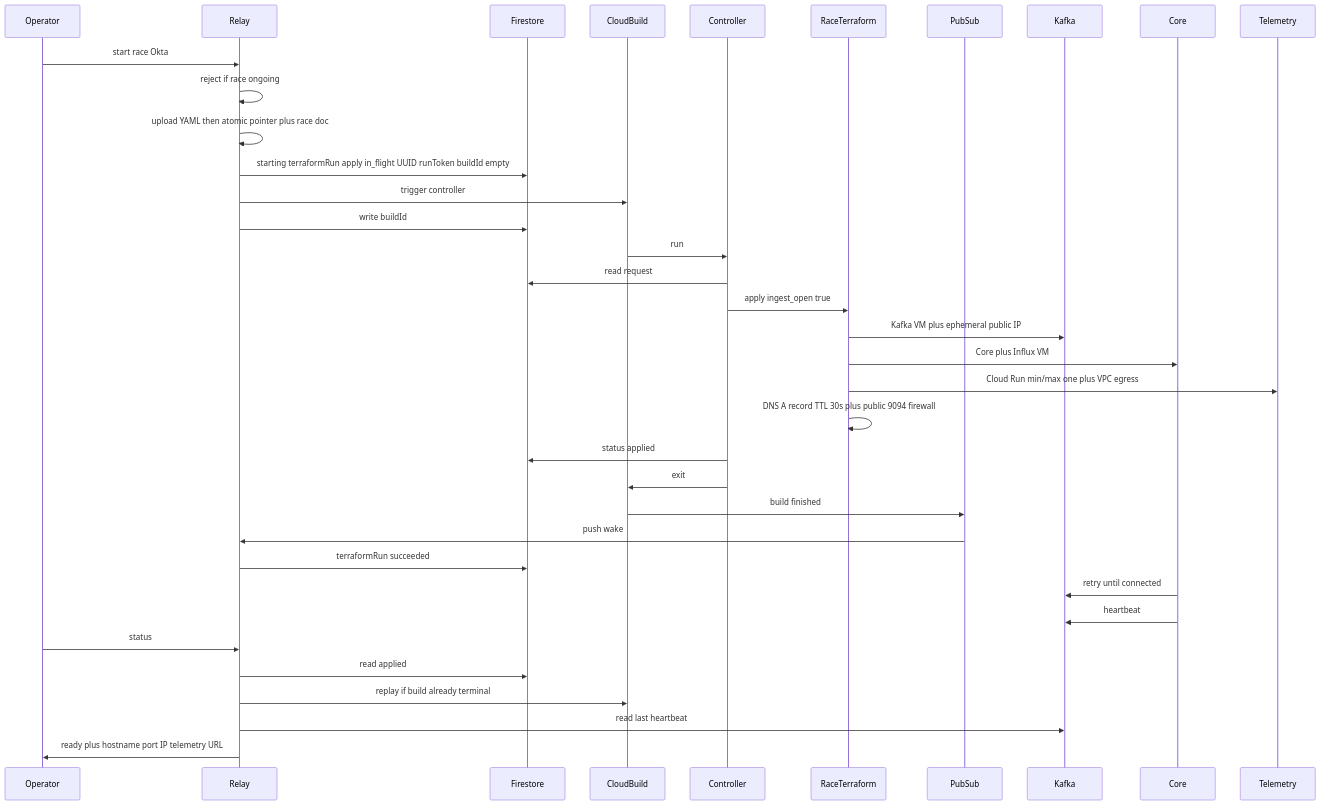
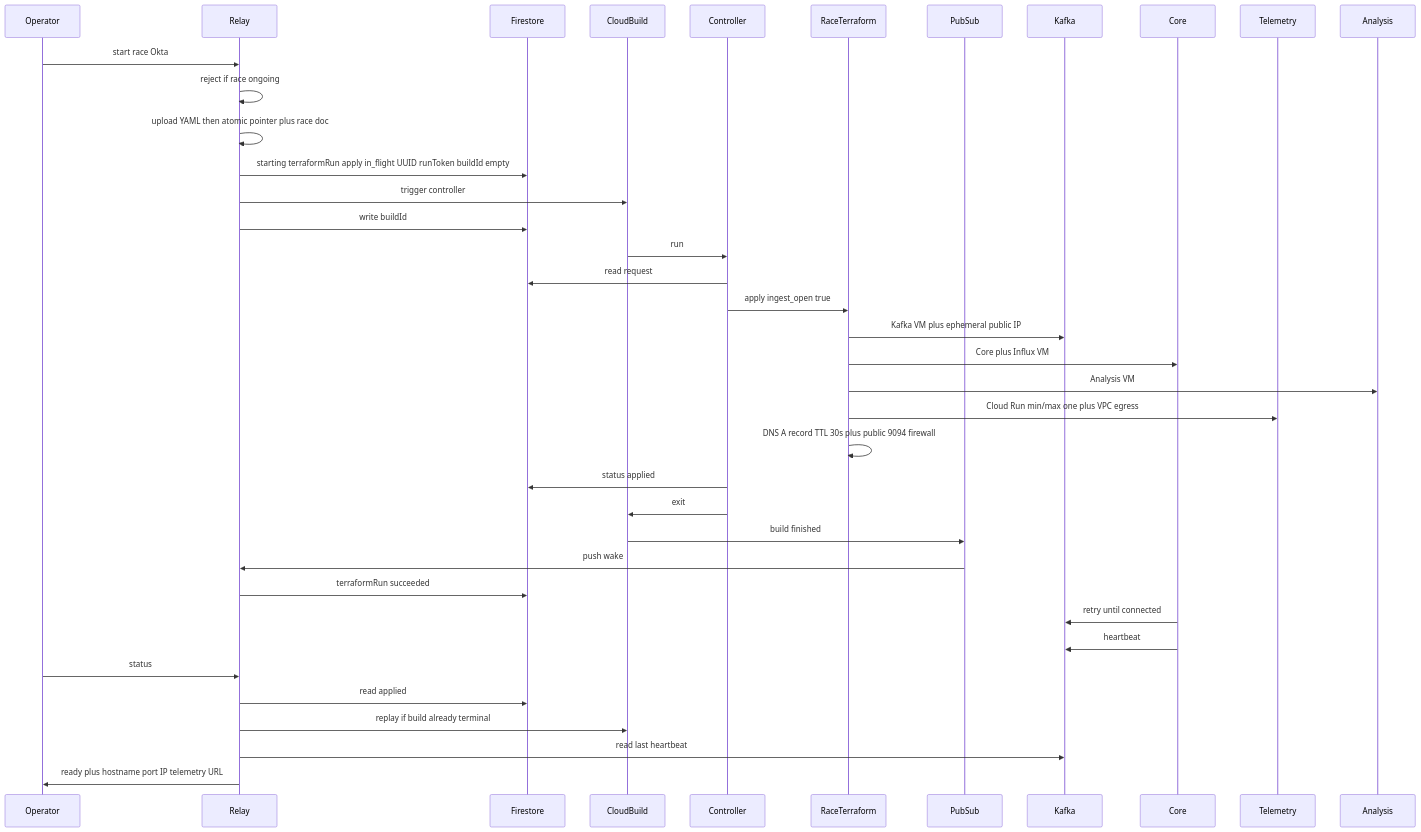
The diagram in docs/flow-race_provisioning.md (ChronoRacer/chronoracer), drawn with Mermaid before and after one commit. The commit also changed other lines of this file and 57 other files, not shown here.

````diff
--- a/docs/flow-race_provisioning.md
+++ b/docs/flow-race_provisioning.md
@@ -13,38 +13,39 @@
 ```mermaid
 sequenceDiagram
     participant Op as Operator
     participant Relay
     participant FS as Firestore
     participant CB as CloudBuild
     participant Ctrl as Controller
     participant TF as RaceTerraform
     participant PS as PubSub
     participant Kafka
     participant Core
     participant Telemetry
     Op ->> Relay: start race Okta
     Relay ->> Relay: reject if race ongoing
     Relay ->> Relay: upload YAML then atomic pointer plus race doc
     Relay ->> FS: starting terraformRun apply in_flight UUID runToken buildId empty
     Relay ->> CB: trigger controller
     Relay ->> FS: write buildId
     CB ->> Ctrl: run
     Ctrl ->> FS: read request
     Ctrl ->> TF: apply ingest_open true
     TF ->> Kafka: Kafka VM plus ephemeral public IP
     TF ->> Core: Core plus Influx VM
+    TF ->> Analysis: Analysis VM
     TF ->> Telemetry: Cloud Run min/max one plus VPC egress
     TF ->> TF: DNS A record TTL 30s plus public 9094 firewall
     Ctrl ->> FS: status applied
     Ctrl ->> CB: exit
     CB ->> PS: build finished
     PS ->> Relay: push wake
     Relay ->> FS: terraformRun succeeded
     Core ->> Kafka: retry until connected
     Core ->> Kafka: heartbeat
     Op ->> Relay: status
     Relay ->> FS: read applied
     Relay ->> CB: replay if build already terminal
     Relay ->> Kafka: read last heartbeat
     Relay ->> Op: ready plus hostname port IP telemetry URL
 ```
````
